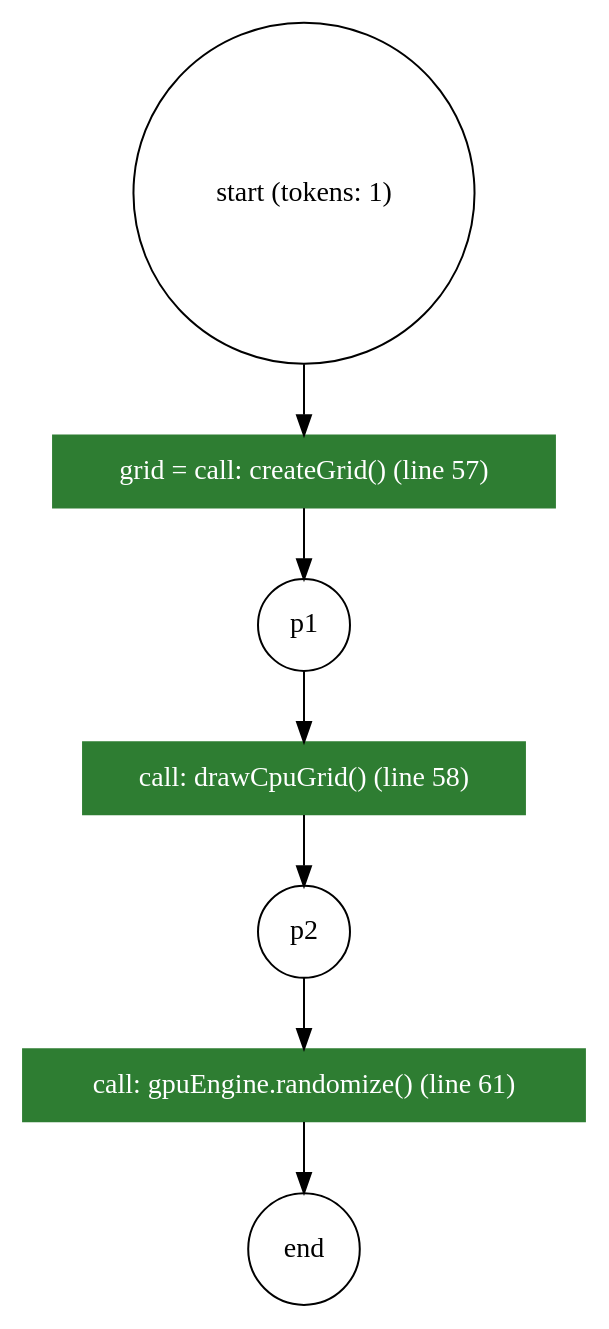
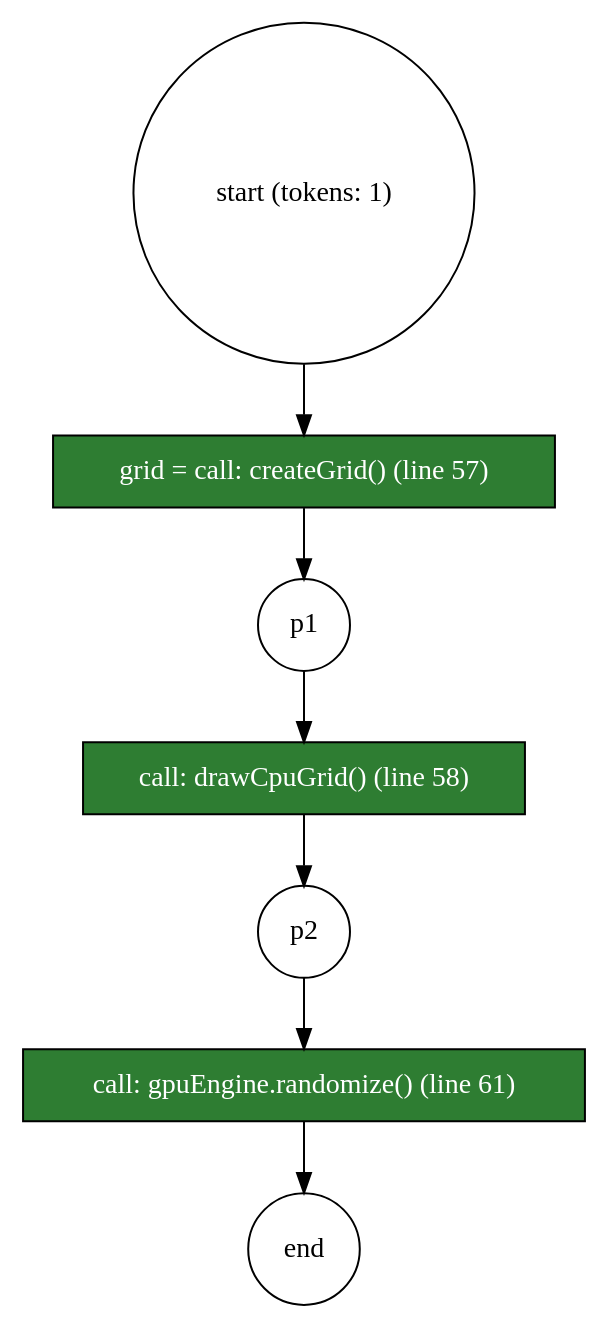
Before and after one commit to ric6121824/code2petri: the diagram in .scratch/code2petri/graphs/GameOfLife-260911/app_randomizeBoth.dot, drawn with Graphviz. The commit also changed 33 other files, not shown here.

```diff
--- a/.scratch/code2petri/graphs/GameOfLife-260911/app_randomizeBoth.dot
+++ b/.scratch/code2petri/graphs/GameOfLife-260911/app_randomizeBoth.dot
@@ -1,22 +1,22 @@
 digraph PetriNet {
     rankdir=TB;
 
     // Places
     "p0" [shape=circle, label="start (tokens: 1)"];
     "p_end" [shape=circle, label="end"];
     "p1" [shape=circle, label="p1"];
     "p2" [shape=circle, label="p2"];
 
     // Transitions
-    "t1" [shape=rect, style=filled, fillcolor="#2e7d32", fontcolor=white, label="grid = call: createGrid() (line 57)", color="#2e7d32", tooltip="Resolved to createGrid in /Users/pingchungtsai/My Drive (ric6121824@gmail.com)/Digital Media MSc/Semester 4/GameOfLife_Simulator/app.js"];
-    "t2" [shape=rect, style=filled, fillcolor="#2e7d32", fontcolor=white, label="call: drawCpuGrid() (line 58)", color="#2e7d32", tooltip="Resolved to drawCpuGrid in /Users/pingchungtsai/My Drive (ric6121824@gmail.com)/Digital Media MSc/Semester 4/GameOfLife_Simulator/app.js"];
-    "t3" [shape=rect, style=filled, fillcolor="#2e7d32", fontcolor=white, label="call: gpuEngine.randomize() (line 61)", color="#2e7d32", tooltip="Resolved to WebGLEngine.randomize in /Users/pingchungtsai/My Drive (ric6121824@gmail.com)/Digital Media MSc/Semester 4/GameOfLife_Simulator/webgl-engine.js"];
+    "t1" [shape=rect, style=filled, fillcolor="#2e7d32", fontcolor=white, label="grid = call: createGrid() (line 57)", tooltip="Resolved to createGrid in /Users/pingchungtsai/My Drive (ric6121824@gmail.com)/Digital Media MSc/Semester 4/GameOfLife_Simulator/app.js"];
+    "t2" [shape=rect, style=filled, fillcolor="#2e7d32", fontcolor=white, label="call: drawCpuGrid() (line 58)", tooltip="Resolved to drawCpuGrid in /Users/pingchungtsai/My Drive (ric6121824@gmail.com)/Digital Media MSc/Semester 4/GameOfLife_Simulator/app.js"];
+    "t3" [shape=rect, style=filled, fillcolor="#2e7d32", fontcolor=white, label="call: gpuEngine.randomize() (line 61)", tooltip="Resolved to WebGLEngine.randomize in /Users/pingchungtsai/My Drive (ric6121824@gmail.com)/Digital Media MSc/Semester 4/GameOfLife_Simulator/webgl-engine.js"];
 
     // Arcs
     "p0" -> "t1";
     "t1" -> "p1";
     "p1" -> "t2";
     "t2" -> "p2";
     "p2" -> "t3";
     "t3" -> "p_end";
 }
```
